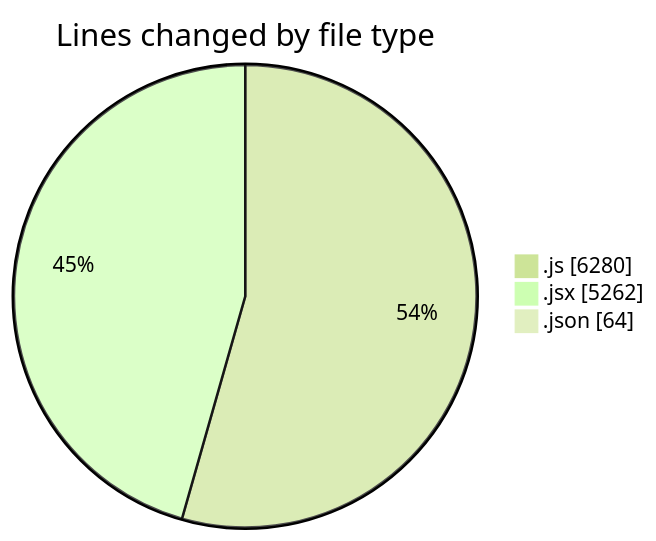
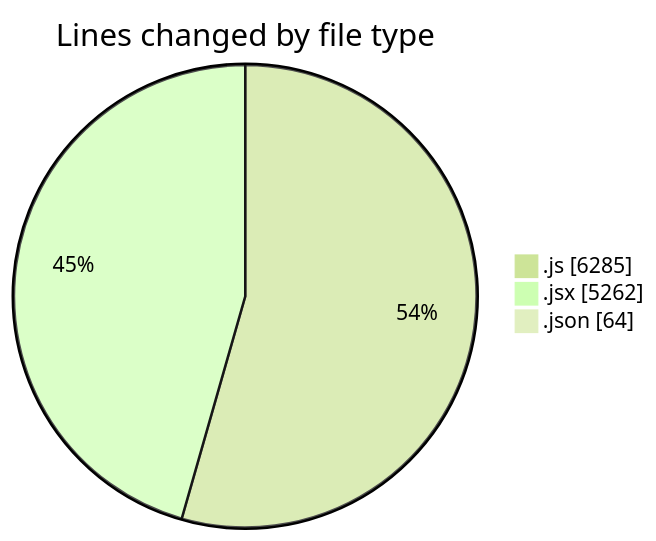
One commit to nxtqubesakshisongat/code-tracking changed the first of 2 diagrams in 2025-08-07/nxtqube_webapp/README.md. Above: the diagram before and after it, drawn with Mermaid (forest theme). The commit also changed other lines of this file and 1 other file, not shown here.

````diff
--- a/2025-08-07/nxtqube_webapp/README.md
+++ b/2025-08-07/nxtqube_webapp/README.md
@@ -25,7 +25,7 @@
 ```mermaid
 pie showData
 title Lines changed by file type
-".js" : 6280
+".js" : 6285
 ".jsx" : 5262
 ".json" : 64
 ```
````
